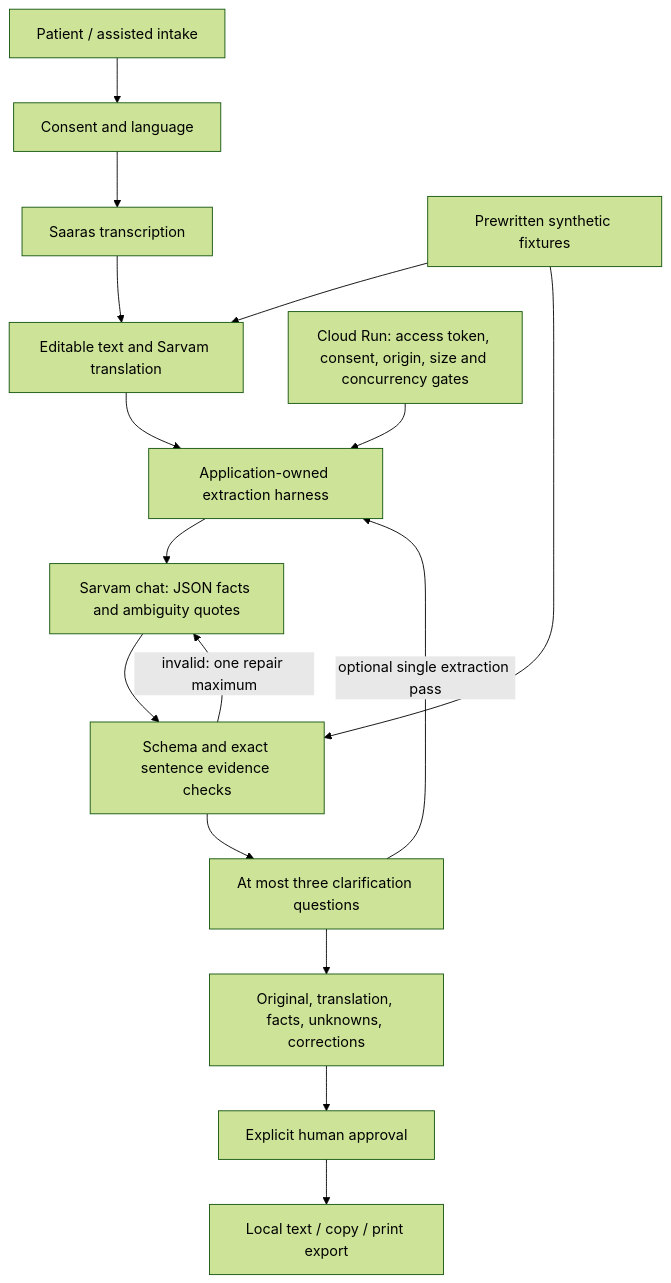
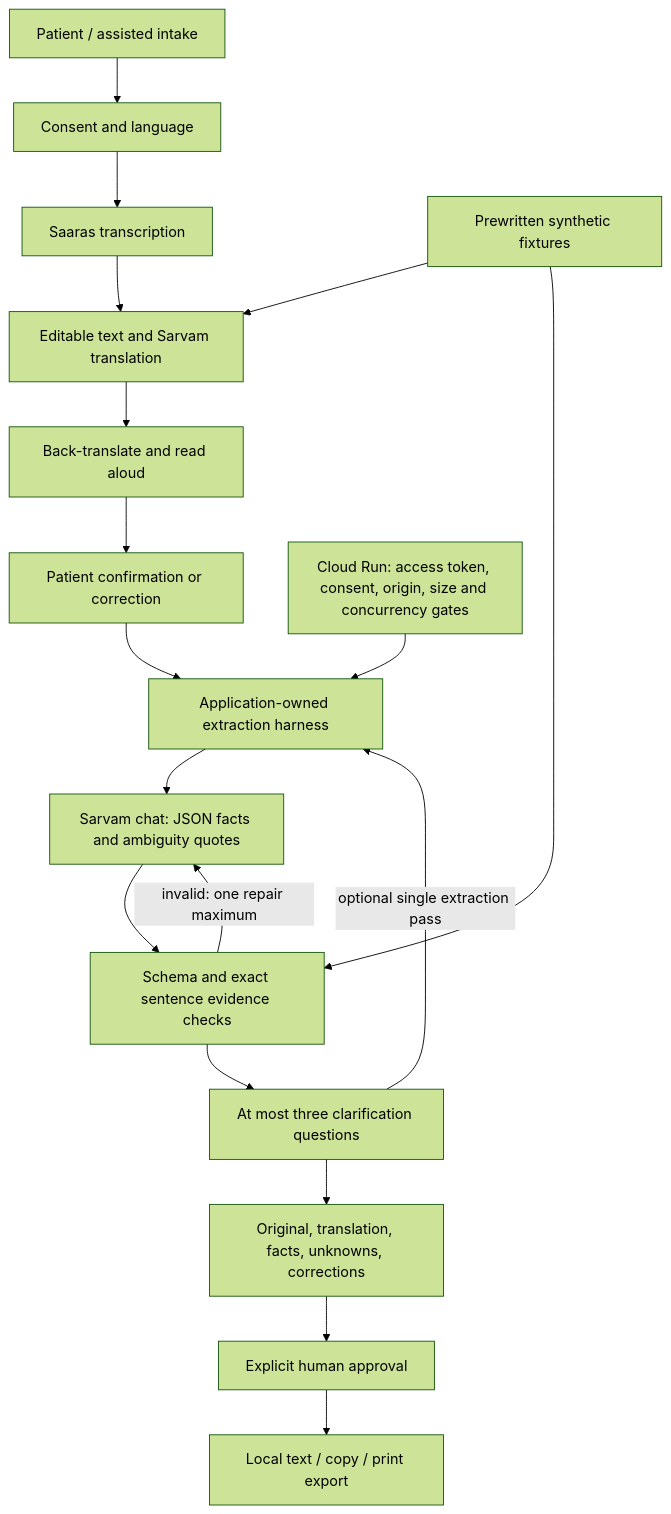
The diagram in docs/architecture.md (gowtham66867/swasthya-saathi), drawn with Mermaid (forest theme) before and after one commit. The commit also changed other lines of this file and 12 other files, not shown here.

Commit message:
Gate extraction on back-translation readback and patient confirmation

````diff
--- a/docs/architecture.md
+++ b/docs/architecture.md
@@ -3,18 +3,20 @@
 ```mermaid
 flowchart TD
  P[Patient / assisted intake] --> C[Consent and language]
  C --> S[Saaras transcription]
  S --> T[Editable text and Sarvam translation]
- T --> H[Application-owned extraction harness]
+ T --> B[Back-translate and read aloud]
+ B --> PC[Patient confirmation or correction]
+ PC --> H[Application-owned extraction harness]
  H --> M[Sarvam chat: JSON facts and ambiguity quotes]
  M --> V[Schema and exact sentence evidence checks]
  V -->|invalid: one repair maximum| M
  V --> Q[At most three clarification questions]
  Q -->|optional single extraction pass| H
  Q --> R[Original, translation, facts, unknowns, corrections]
  R --> A[Explicit human approval]
  A --> E[Local text / copy / print export]
  F[Prewritten synthetic fixtures] --> T
  F --> V
  G[Cloud Run: access token, consent, origin, size and concurrency gates] --> H
 ```
````
